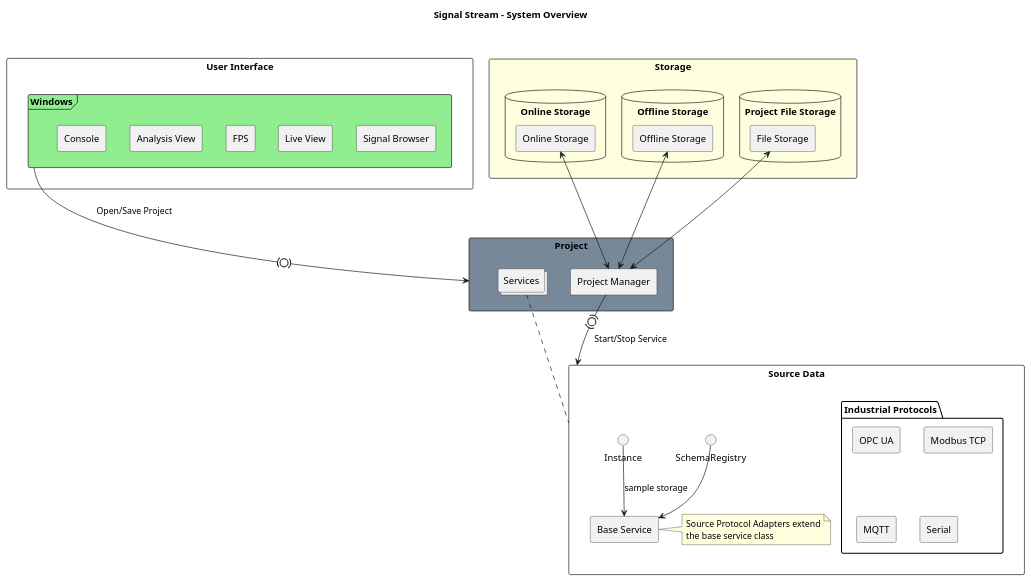
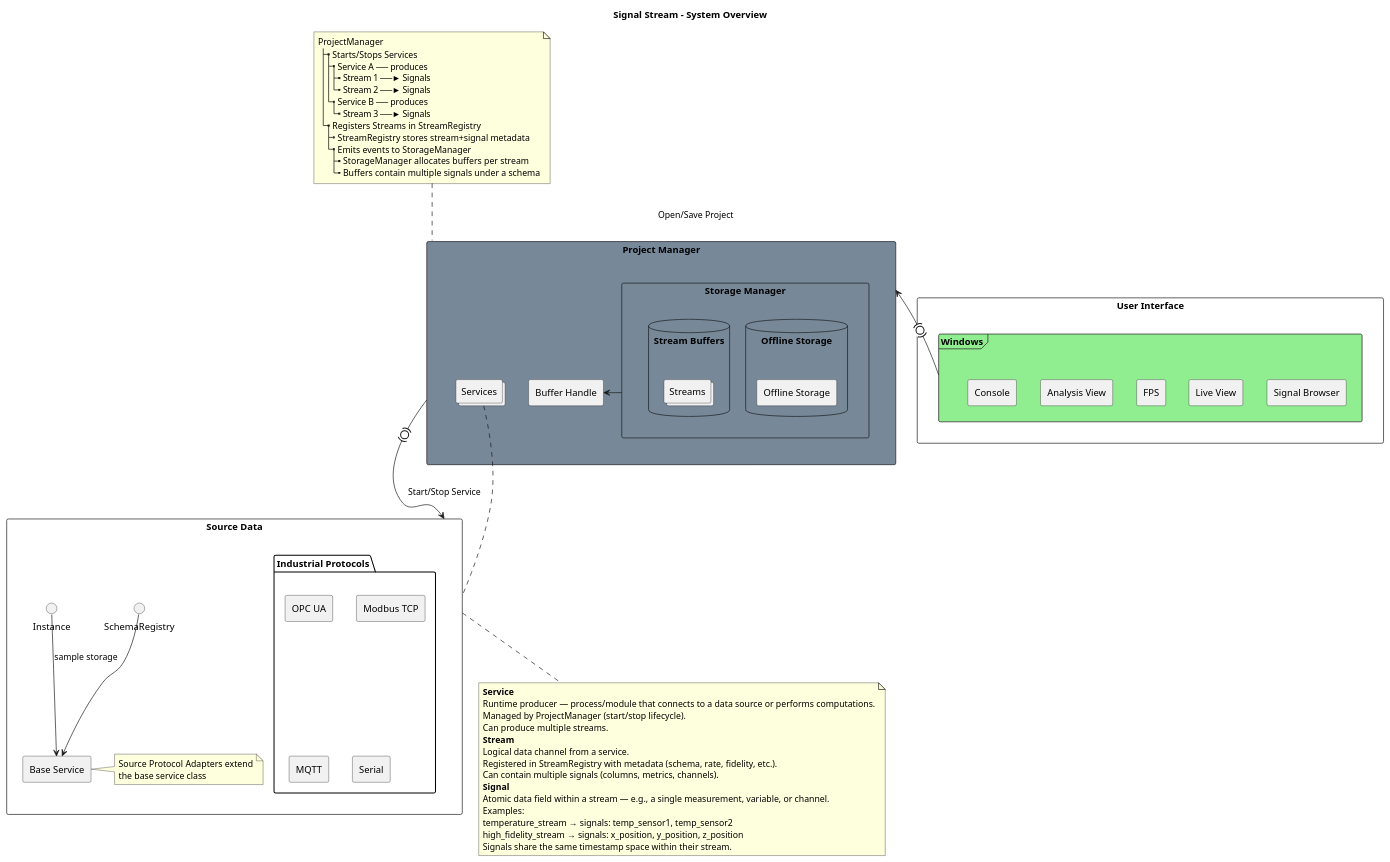
Before and after one commit to diffusion4812/signal-stream: the diagram in Signal Stream Layout.puml, drawn with PlantUML. The commit also changed 8 other files, not shown here.

Commit message:
Refactor to further refine StreamRegistry class.

```diff
--- a/Signal Stream Layout.puml
+++ b/Signal Stream Layout.puml
@@ -1,70 +1,97 @@
 @startuml Signal Stream Layout
 skinparam componentStyle rectangle
 title Signal Stream - System Overview
 
 rectangle "Source Data" as Service {
   folder "Industrial Protocols" {
     [OPC UA]
     [Modbus TCP]
     [MQTT]
     [Serial]
   }
 
   [Base Service] as BaseService
 
   note right of BaseService
     Source Protocol Adapters extend
     the base service class
   end note
   
 SchemaRegistry --> BaseService
 Instance --> BaseService : sample storage
 }
 
-rectangle "Storage" #LightYellow {
-  database "Online Storage" {
-    [Online Storage] as OnlineDataStorage
+note bottom of Service
+**Service**
+Runtime producer — process/module that connects to a data source or performs computations.
+Managed by ProjectManager (start/stop lifecycle).
+Can produce multiple streams.
+**Stream**
+Logical data channel from a service.
+Registered in StreamRegistry with metadata (schema, rate, fidelity, etc.).
+Can contain multiple signals (columns, metrics, channels).
+**Signal**
+Atomic data field within a stream — e.g., a single measurement, variable, or channel.
+Examples:
+temperature_stream → signals: temp_sensor1, temp_sensor2
+high_fidelity_stream → signals: x_position, y_position, z_position
+Signals share the same timestamp space within their stream.
+end note
+
+rectangle "Project Manager" as ProjectManager #LightSlateGrey {
+
+  rectangle "Storage Manager" as StorageManager {
+    database "Offline Storage" {
+      [Offline Storage] as OfflineDataStorage
+    }
+    database "Stream Buffers" {
+      collections "Streams" as ServiceBuffers
+    }
   }
-  database "Offline Storage" {
-    [Offline Storage] as OfflineDataStorage
-  }
-  database "Project File Storage" {
-    [File Storage] as ProjectFileStorage
-  }
-}
-
-rectangle "Project" as Project #LightSlateGrey {
-  [Project Manager] as ProjectManager
 
   collections "Services" as services
 
-ProjectManager <-u-> ProjectFileStorage
-ProjectManager <-u-> OfflineDataStorage
-ProjectManager <-u-> OnlineDataStorage
+  [Buffer Handle] as BufferHandle
+
+  StorageManager -> BufferHandle
 }
 
+note top of ProjectManager
+ProjectManager
+|_ Starts/Stops Services
+  |_ Service A ── produces
+    |_ Stream 1 ──► Signals
+    |_ Stream 2 ──► Signals
+  |_ Service B ── produces
+    |_ Stream 3 ──► Signals
+|_ Registers Streams in StreamRegistry
+  |_ StreamRegistry stores stream+signal metadata
+  |_ Emits events to StorageManager
+    |_ StorageManager allocates buffers per stream
+    |_ Buffers contain multiple signals under a schema
+end note
 
 rectangle "User Interface" {
   frame "Windows" as Windows #LightGreen {
     skinparam nodesep 0
     skinparam ranksep 0
     skinparam componentStyle rectangle
     [Signal Browser] as SignalBrowser
     [Live View] as LiveView
     [FPS] as FPS
     [Analysis View] as AnalysisView
     [Console] as Console
 
     Windows -right[hidden]-> SignalBrowser
     Windows -right[hidden]-> LiveView
     Windows -right[hidden]-> FPS
     Windows -right[hidden]-> AnalysisView
     Windows -right[hidden]-> Console
   }
 }
 
-Windows -down(0)-> Project : Open/Save Project
+Windows -left(0)-> ProjectManager : Open/Save Project
 ProjectManager -(0)-> Service : Start/Stop Service
 services -right[dashed]- Service
 
 @enduml
```
